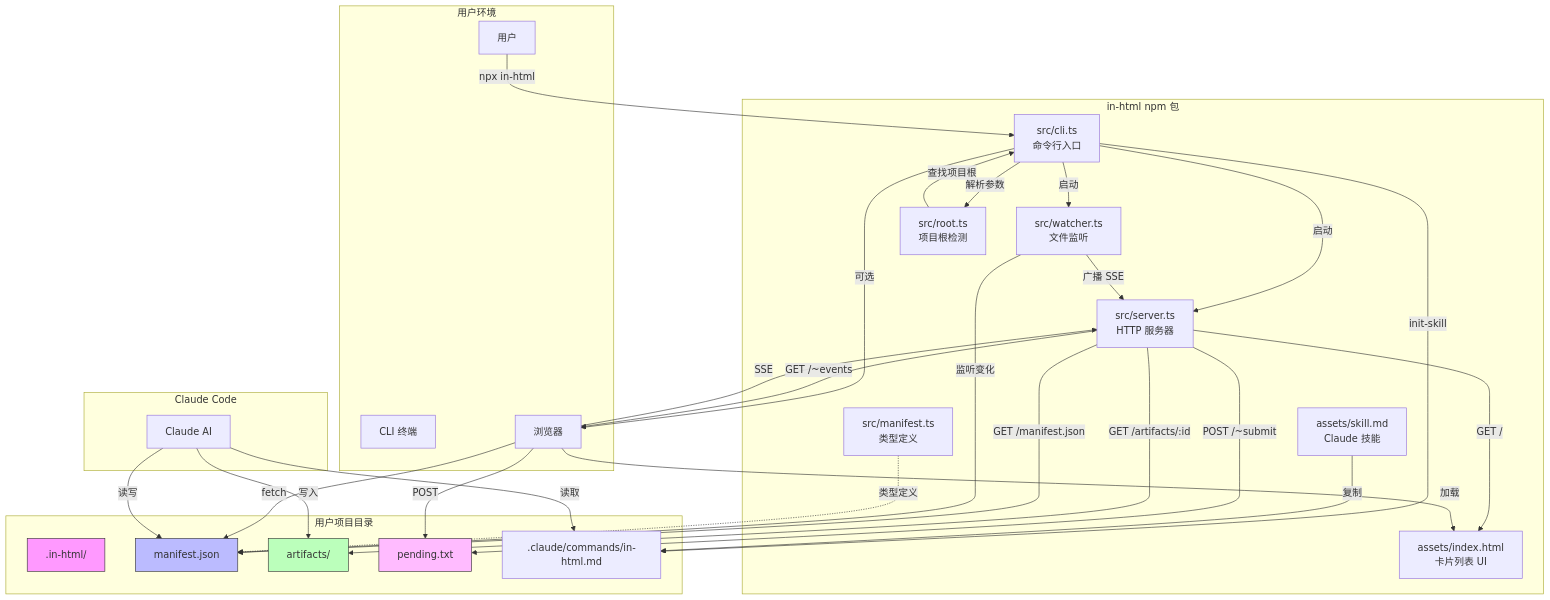
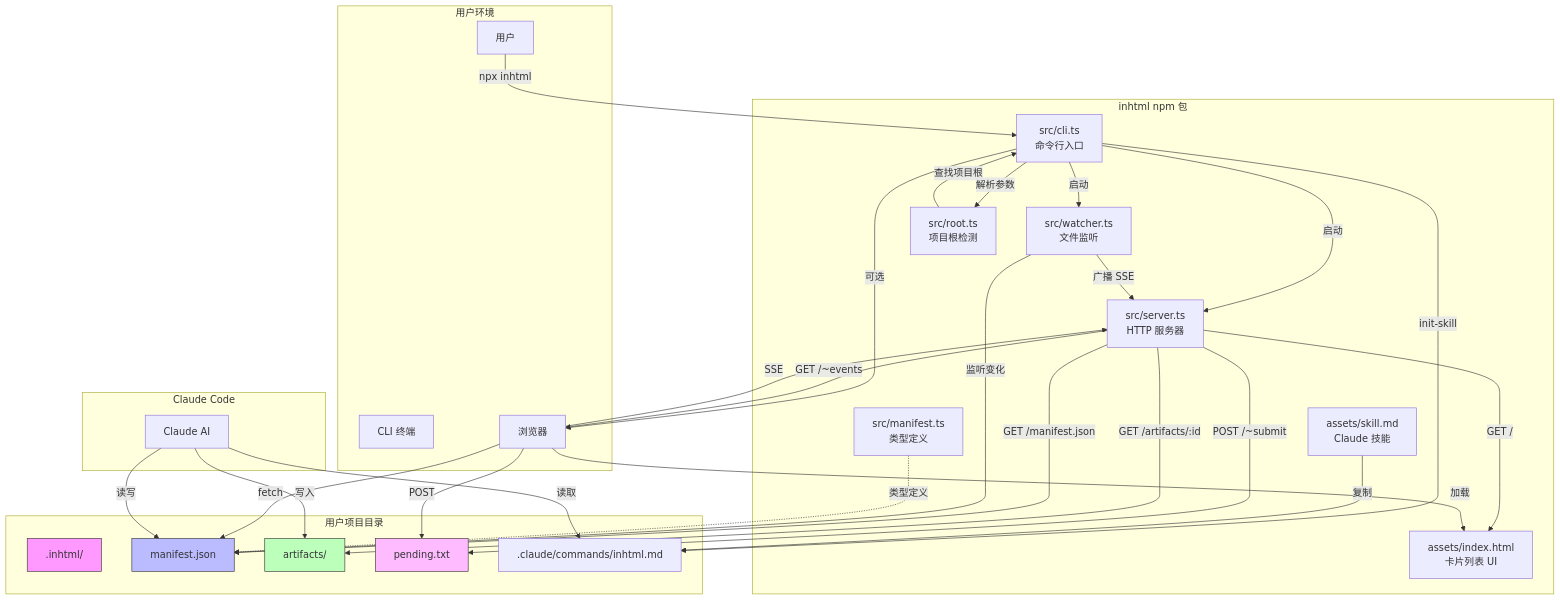
Before and after one commit to ovotop/inhtml: the diagram in docs/architecture.md, drawn with Mermaid. The commit also changed other lines of this file and 52 other files, not shown here.

Commit message:
v0.1.2 in-html to inhtml

````diff
--- a/docs/architecture.md
+++ b/docs/architecture.md
@@ -3,66 +3,66 @@
 ```mermaid
 graph TB
     subgraph "用户环境"
         User[用户]
         CLI[CLI 终端]
         Browser[浏览器]
     end
 
-    subgraph "in-html npm 包"
+    subgraph "inhtml npm 包"
         CLIEntry[src/cli.ts<br/>命令行入口]
         Server[src/server.ts<br/>HTTP 服务器]
         Watcher[src/watcher.ts<br/>文件监听]
         Manifest[src/manifest.ts<br/>类型定义]
         Root[src/root.ts<br/>项目根检测]
         
         IndexHTML[assets/index.html<br/>卡片列表 UI]
         SkillMD[assets/skill.md<br/>Claude 技能]
     end
 
     subgraph "用户项目目录"
-        DotInHTML[.in-html/]
+        DotInHTML[.inhtml/]
         ManifestJSON[manifest.json]
         Artifacts[artifacts/]
         PendingTXT[pending.txt]
-        SkillTarget[.claude/commands/in-html.md]
+        SkillTarget[.claude/commands/inhtml.md]
     end
 
     subgraph "Claude Code"
         Claude[Claude AI]
     end
 
-    User -->|npx in-html| CLIEntry
+    User -->|npx inhtml| CLIEntry
     CLIEntry -->|解析参数| Root
     Root -->|查找项目根| CLIEntry
     CLIEntry -->|启动| Server
     CLIEntry -->|启动| Watcher
     CLIEntry -->|可选| Browser
 
     Server -->|GET /| IndexHTML
     Server -->|GET /manifest.json| ManifestJSON
     Server -->|GET /artifacts/:id| Artifacts
     Server -->|GET /~events| Browser
     Server -->|POST /~submit| PendingTXT
 
     Watcher -->|监听变化| ManifestJSON
     Watcher -->|广播 SSE| Server
 
     Browser -->|加载| IndexHTML
     Browser -->|fetch| ManifestJSON
     Browser -->|SSE| Server
     Browser -->|POST| PendingTXT
 
     Claude -->|读写| ManifestJSON
     Claude -->|写入| Artifacts
     Claude -->|读取| SkillTarget
 
     CLIEntry -->|init-skill| SkillTarget
     SkillMD -->|复制| SkillTarget
 
     Manifest -.->|类型定义| ManifestJSON
 
     style DotInHTML fill:#f9f,stroke:#333
     style ManifestJSON fill:#bbf,stroke:#333
     style Artifacts fill:#bfb,stroke:#333
     style PendingTXT fill:#fbf,stroke:#333
 ```
````
